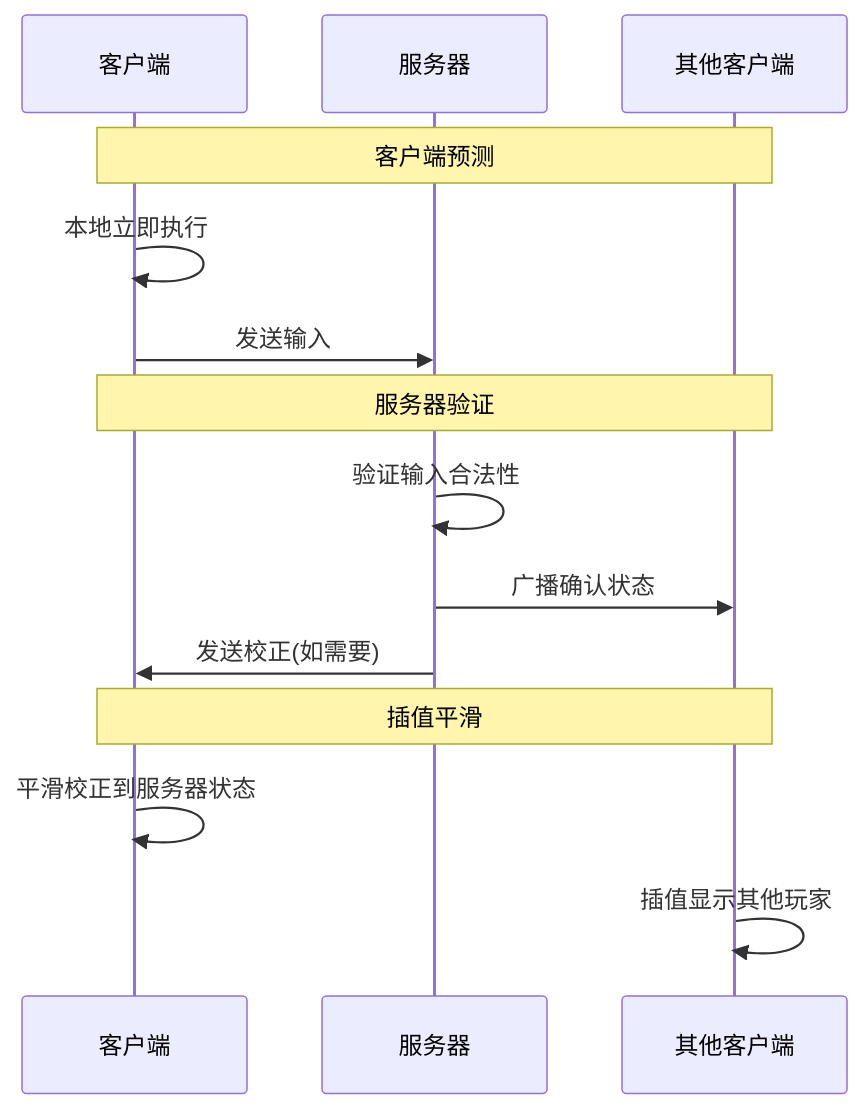
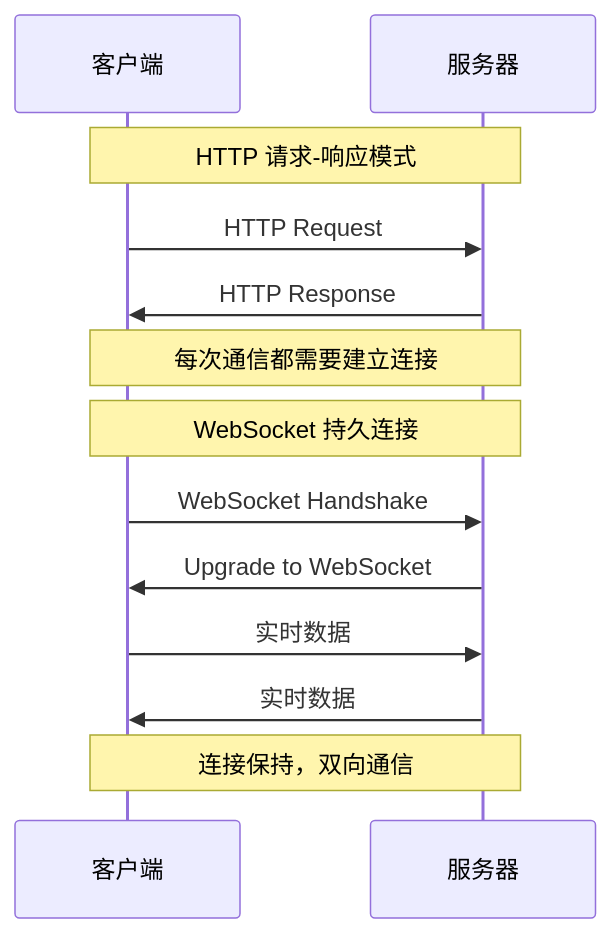
The fourth of 9 diagrams in 课时4-多人游戏与项目总结/README.md (youjing-mz/snake), drawn with Mermaid before and after one commit. The commit also changed other lines of this file and 8 other files, not shown here.

````diff
--- a/课时4-多人游戏与项目总结/README.md
+++ b/课时4-多人游戏与项目总结/README.md
@@ -60,19 +85,17 @@
 ```mermaid
 sequenceDiagram
     participant Client as 客户端
     participant Server as 服务器
-    participant Other as 其他客户端
     
-    Note over Client,Other: 客户端预测
-    Client->>Client: 本地立即执行
-    Client->>Server: 发送输入
+    Note over Client,Server: HTTP 请求-响应模式
+    Client->>Server: HTTP Request
+    Server->>Client: HTTP Response
+    Note over Client,Server: 每次通信都需要建立连接
     
-    Note over Client,Other: 服务器验证
-    Server->>Server: 验证输入合法性
-    Server->>Other: 广播确认状态
-    Server->>Client: 发送校正(如需要)
-    
-    Note over Client,Other: 插值平滑
-    Client->>Client: 平滑校正到服务器状态
-    Other->>Other: 插值显示其他玩家
+    Note over Client,Server: WebSocket 持久连接
+    Client->>Server: WebSocket Handshake
+    Server->>Client: Upgrade to WebSocket
+    Client->>Server: 实时数据
+    Server->>Client: 实时数据
+    Note over Client,Server: 连接保持，双向通信
 ```
````
